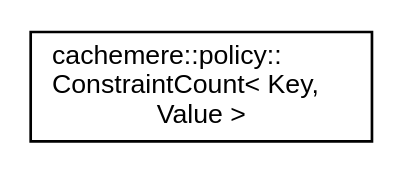
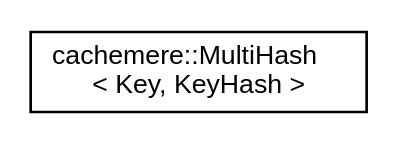
One commit to coveooss/cachemere changed the diagram in docs/inherit_graph_8.dot. Above: the diagram before and after it, drawn with Graphviz. The commit also changed 154 other files, not shown here.

```diff
--- a/docs/inherit_graph_8.dot
+++ b/docs/inherit_graph_8.dot
@@ -1,8 +1,8 @@
 digraph "Graphical Class Hierarchy"
 {
  // LATEX_PDF_SIZE
   edge [fontname="Helvetica",fontsize="10",labelfontname="Helvetica",labelfontsize="10"];
   node [fontname="Helvetica",fontsize="10",shape=record];
   rankdir="LR";
-  Node0 [label="cachemere::policy::\lConstraintCount\< Key,\l Value \>",height=0.2,width=0.4,color="black", fillcolor="white", style="filled",URL="$classcachemere_1_1policy_1_1ConstraintCount.html",tooltip="Count constraint."];
+  Node0 [label="cachemere::MultiHash\l\< Key, KeyHash \>",height=0.2,width=0.4,color="black", fillcolor="white", style="filled",URL="$structcachemere_1_1MultiHash_3_01Key_00_01KeyHash_01_4.html",tooltip=" "];
 }
```
